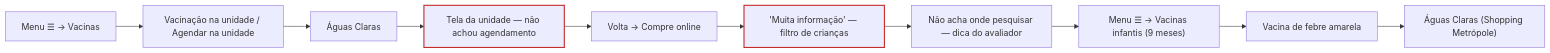
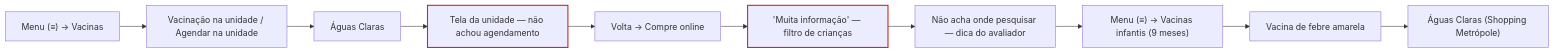
One commit to UnB-IHC/IHC_2026.1_Grupo07 changed the fourth of 5 diagrams in docs/ihc-sabin/teste-usabilidade/resultados.md. Above: the diagram before and after it, drawn with Mermaid. The commit also changed other lines of this file and 15 other files, not shown here.

````diff
--- a/docs/ihc-sabin/teste-usabilidade/resultados.md
+++ b/docs/ihc-sabin/teste-usabilidade/resultados.md
@@ -291,15 +288,15 @@
     ```mermaid
     flowchart LR
-        A["Menu ☰ → Vacinas"] --> B["Vacinação na unidade / Agendar na unidade"]
+        A["Menu (≡) → Vacinas"] --> B["Vacinação na unidade / Agendar na unidade"]
         B --> C["Águas Claras"]
         C --> D["Tela da unidade — não achou agendamento"]
         D --> E["Volta → Compre online"]
         E --> F["'Muita informação' — filtro de crianças"]
         F --> G["Não acha onde pesquisar — dica do avaliador"]
-        G --> H["Menu ☰ → Vacinas infantis (9 meses)"]
+        G --> H["Menu (≡) → Vacinas infantis (9 meses)"]
         H --> I["Vacina de febre amarela"]
         I --> J["Águas Claras (Shopping Metrópole)"]
 
         style D stroke:#c62828,stroke-width:2px
         style F stroke:#c62828,stroke-width:2px
     ```
````
